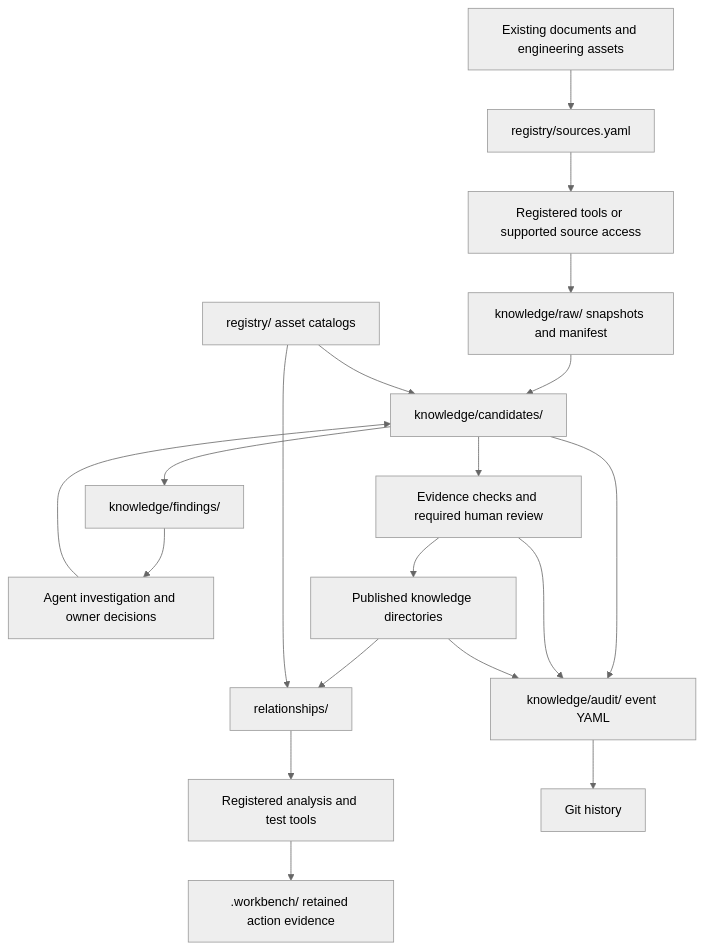
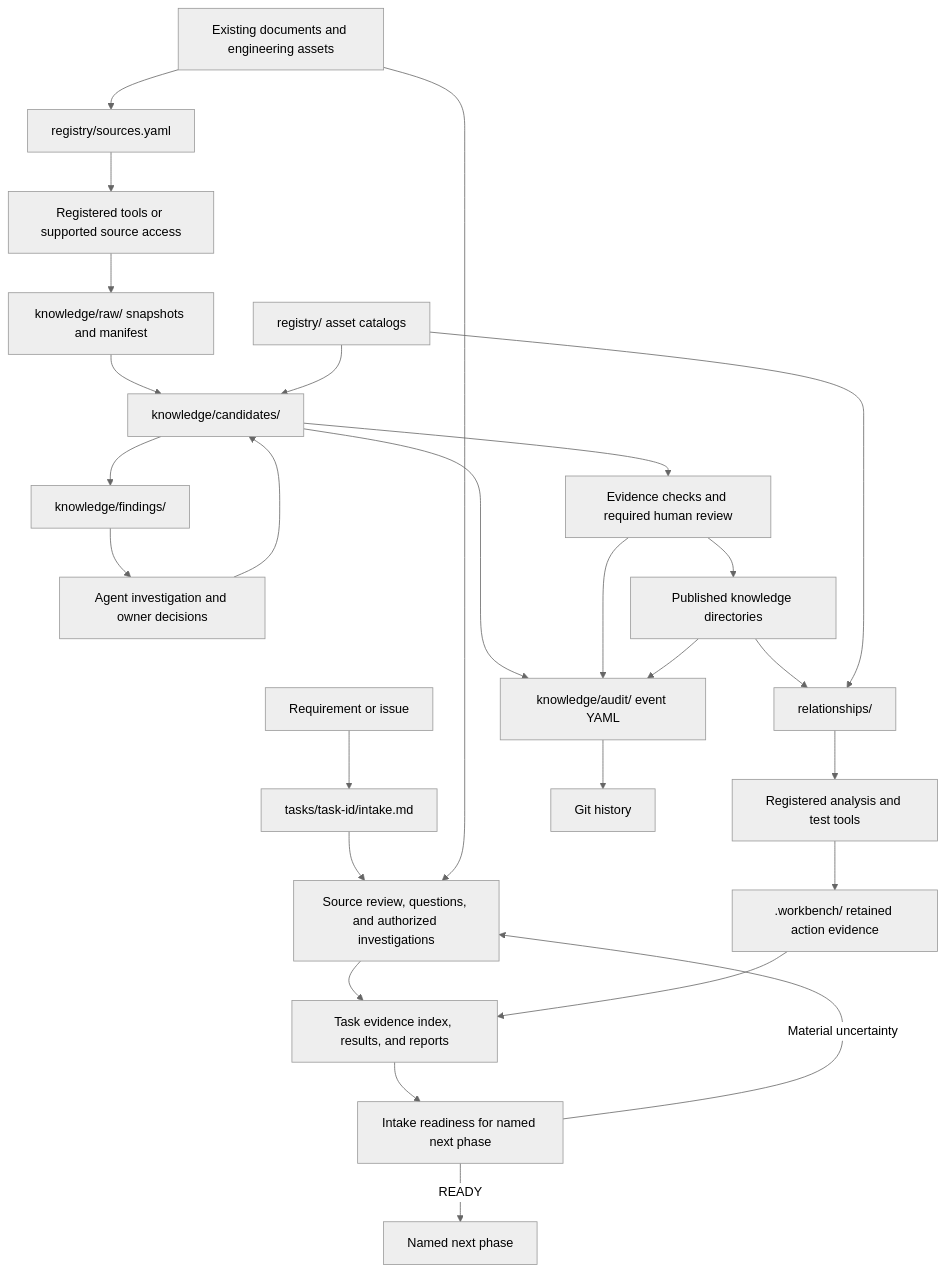
One commit to lushevol/sdlc-workbench changed the first of 2 diagrams in docs/WORKSPACE_DESIGN.md. Above: the diagram before and after it, drawn with Mermaid (neutral theme). The commit also changed other lines of this file and 63 other files, not shown here.

Commit message:
feat: require task-based evidence intake before SDLC handoff

````diff
--- a/docs/WORKSPACE_DESIGN.md
+++ b/docs/WORKSPACE_DESIGN.md
@@ -204,21 +233,29 @@
 ```mermaid
 flowchart TD
+  Request[Requirement or issue] --> Intake[tasks/task-id/intake.md]
+  Intake --> Collection[Source review, questions, and authorized investigations]
+  Collection --> TaskEvidence[Task evidence index, results, and reports]
+  TaskEvidence --> Readiness[Intake readiness for named next phase]
+  Readiness -->|Material uncertainty| Collection
+  Readiness -->|READY| Next[Named next phase]
   External[Existing documents and engineering assets] --> Sources[registry/sources.yaml]
+  External --> Collection
   Sources --> Access[Registered tools or supported source access]
   Access --> Raw[knowledge/raw/ snapshots and manifest]
   Raw --> Candidates[knowledge/candidates/]
   Candidates --> Findings[knowledge/findings/]
   Findings --> Investigation[Agent investigation and owner decisions]
   Investigation --> Candidates
   Candidates --> Review[Evidence checks and required human review]
   Review --> Published[Published knowledge directories]
   Published --> Relationships[relationships/]
   Relationships --> Execution[Registered analysis and test tools]
   Execution --> Evidence[.workbench/ retained action evidence]
+  Evidence --> TaskEvidence
   Candidates --> Audit[knowledge/audit/ event YAML]
   Review --> Audit
   Published --> Audit
   Audit --> History[Git history]
   Registry[registry/ asset catalogs] --> Candidates
   Registry --> Relationships
 ```
````
